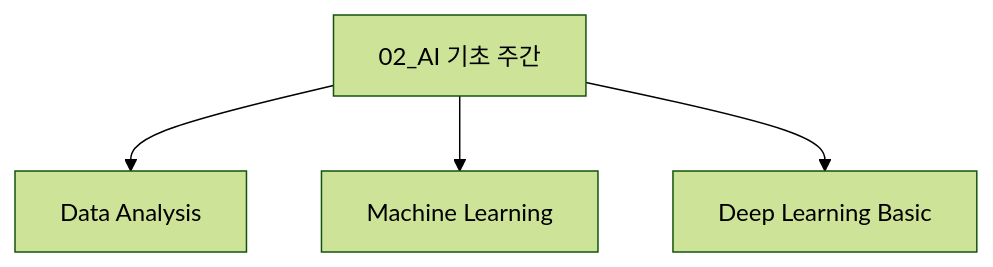
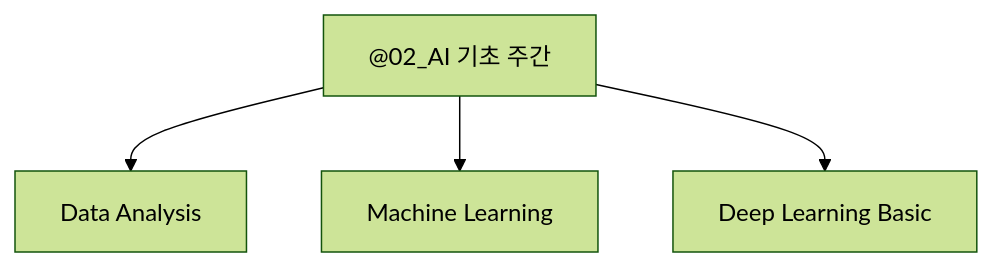
Before and after one commit to skn-ai22-251029/.github: the second of 5 diagrams in profile/README.md, drawn with Mermaid (forest theme). The commit also changed other lines of this file, not shown here.

````diff
--- a/profile/README.md
+++ b/profile/README.md
@@ -20,16 +77,16 @@
 ```mermaid
 graph TD
-    A[02_AI 기초 주간]
+    A[#64;02_AI 기초 주간]
     A1[Data Analysis]
     A2[Machine Learning]
     A3[Deep Learning Basic]
     A --> A1
     A --> A2
     A --> A3
 
     click A "https://github.com/orgs/skn-ai22-251029/projects/15" "AI 기초"
     click A1 "https://github.com/skn-ai22-251029/data_analysis_workspace" "AI 기초 - Data Analysis"
     click A2 "https://github.com/skn-ai22-251029/machine_learning_workspace" "AI 기초 - Machine Learning"
     click A3 "https://github.com/skn-ai22-251029/deep_learning_basic_workspace" "AI 기초 - Deep Learning Basic"
 
 ```
````
